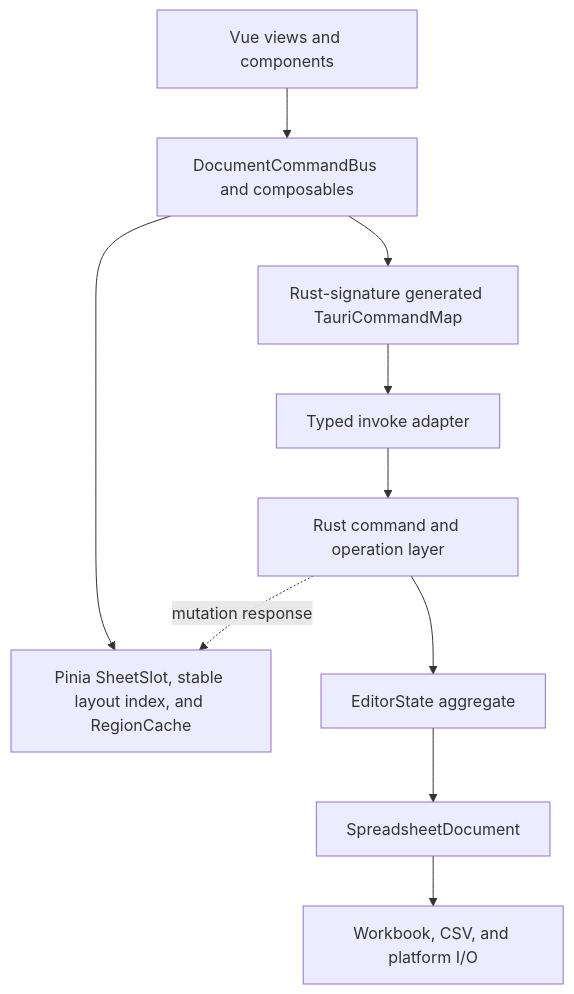
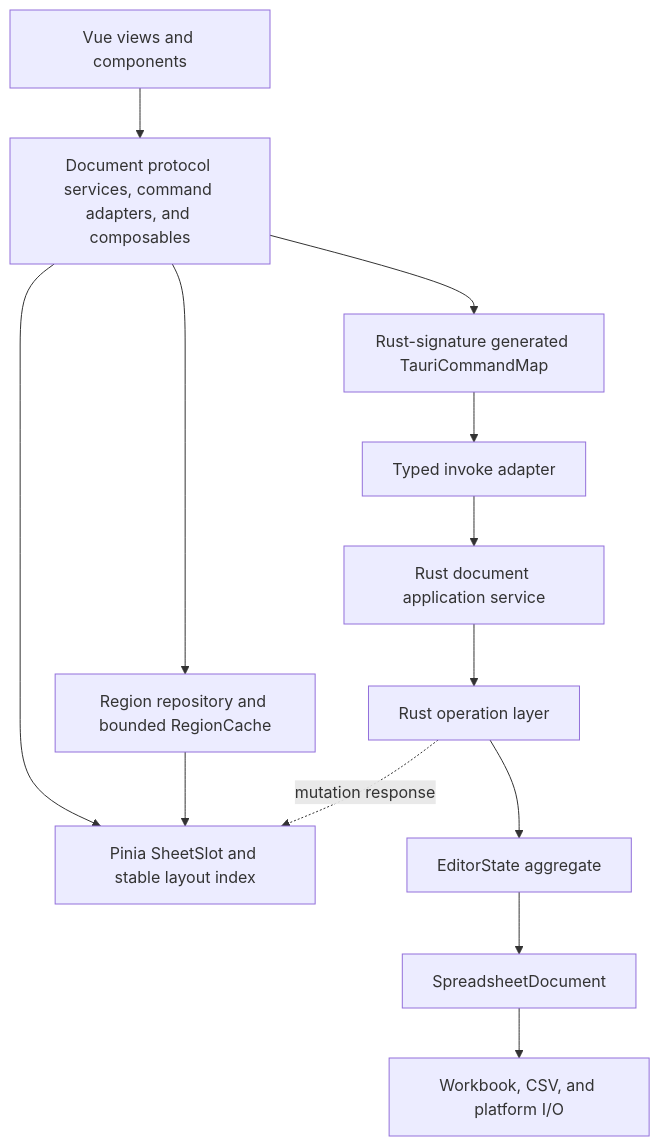
One commit to mingchiuli/simple-table changed the diagram in docs/architecture.md. Above: the diagram before and after it, drawn with Mermaid. The commit also changed other lines of this file and 15 other files, not shown here.

````diff
--- a/docs/architecture.md
+++ b/docs/architecture.md
@@ -8,16 +8,19 @@
 ```mermaid
 flowchart TB
     UI[Vue views and components]
-    APP[DocumentCommandBus and composables]
-    STORE[Pinia SheetSlot, stable layout index, and RegionCache]
+    APP[Document protocol services, command adapters, and composables]
+    STORE[Pinia SheetSlot and stable layout index]
+    REGION[Region repository and bounded RegionCache]
     RPC[Rust-signature generated TauriCommandMap]
     IPC[Typed invoke adapter]
-    OPS[Rust command and operation layer]
+    SERVICE[Rust document application service]
+    OPS[Rust operation layer]
     STATE[EditorState aggregate]
     DOC[SpreadsheetDocument]
     IO[Workbook, CSV, and platform I/O]
 
     UI --> APP --> STORE
-    APP --> RPC --> IPC --> OPS --> STATE --> DOC --> IO
+    APP --> REGION --> STORE
+    APP --> RPC --> IPC --> SERVICE --> OPS --> STATE --> DOC --> IO
     OPS -. mutation response .-> STORE
 ```
````
